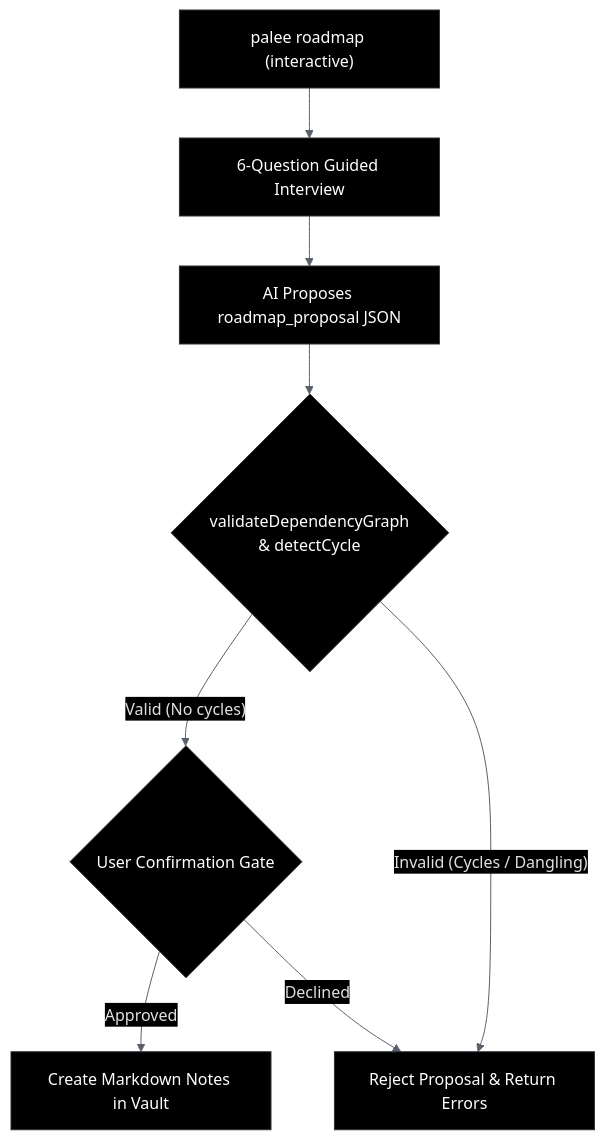
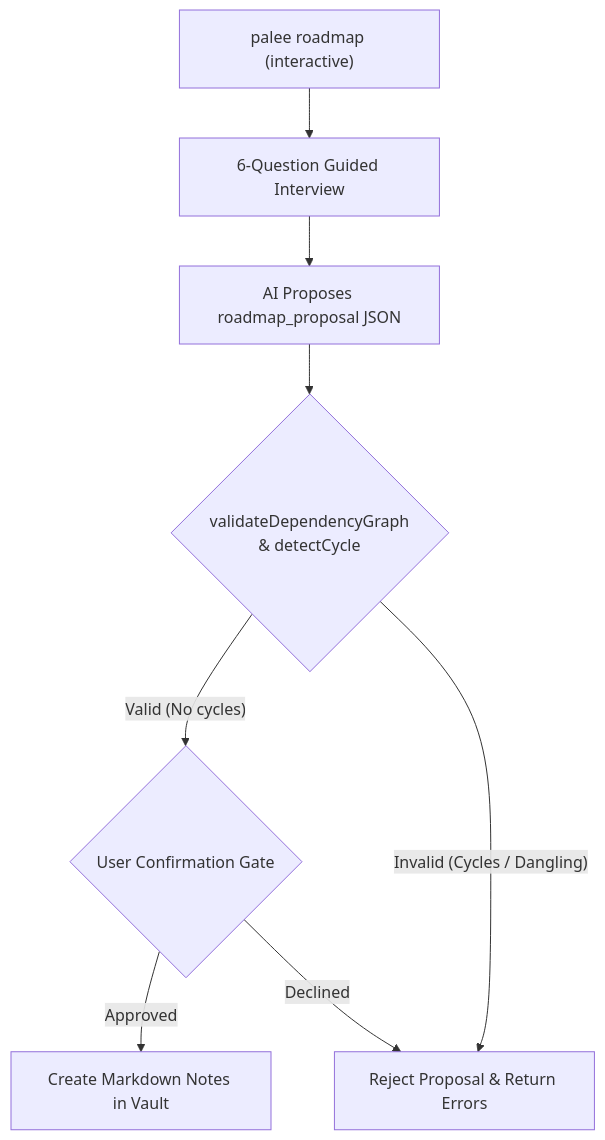
Before and after one commit to Kuldeep2822k/cli: the second of 2 diagrams in docs/08-2-future-ai-module-and-phase-2-design.md, drawn with Mermaid. The commit also changed other lines of this file and 4 other files, not shown here.

First line of the commit message:
docs: render Mermaid diagrams like GitHub's dark preview

````diff
--- a/docs/08-2-future-ai-module-and-phase-2-design.md
+++ b/docs/08-2-future-ai-module-and-phase-2-design.md
@@ -132,43 +115,18 @@
 ```mermaid
-%%{init: {
-  'theme': 'base',
-  'themeVariables': {
-    'background': '#000000',
-    'primaryColor': '#000000',
-    'primaryTextColor': '#e0e0e0',
-    'primaryBorderColor': '#2d3139',
-    'lineColor': '#5a606b',
-    'secondaryColor': '#000000',
-    'tertiaryColor': '#000000',
-    'clusterBkg': '#0a0b0d',
-    'clusterBorder': '#1e2128',
-    'titleColor': '#8b949e',
-    'edgeLabelBackground': '#000000',
-    'fontFamily': 'Inter, system-ui, sans-serif'
-  }
-}}%%
 flowchart TD
     UserExec["palee roadmap (interactive)"]
     Interview["6-Question Guided Interview"]
     LLMGen["AI Proposes roadmap_proposal JSON"]
     DAGVal{"validateDependencyGraph\n& detectCycle"}
     UserPrompt{"User Confirmation Gate"}
     Materialize["Create Markdown Notes in Vault"]
     ErrorAbort["Reject Proposal & Return Errors"]
 
     UserExec --> Interview
     Interview --> LLMGen
     LLMGen --> DAGVal
     DAGVal -->|"Valid (No cycles)"| UserPrompt
     DAGVal -->|"Invalid (Cycles / Dangling)"| ErrorAbort
     UserPrompt -->|"Approved"| Materialize
     UserPrompt -->|"Declined"| ErrorAbort
-
-    style UserExec fill:#000000,stroke:#2d3139,stroke-width:1px,color:#ffffff
-    style Interview fill:#000000,stroke:#2d3139,stroke-width:1px,color:#ffffff
-    style LLMGen fill:#000000,stroke:#2d3139,stroke-width:1px,color:#ffffff
-    style DAGVal fill:#000000,stroke:#2d3139,stroke-width:1px,color:#ffffff
-    style UserPrompt fill:#000000,stroke:#2d3139,stroke-width:1px,color:#ffffff
-    style Materialize fill:#000000,stroke:#2d3139,stroke-width:1px,color:#ffffff
-    style ErrorAbort fill:#000000,stroke:#2d3139,stroke-width:1px,color:#ffffff
 ```
````
